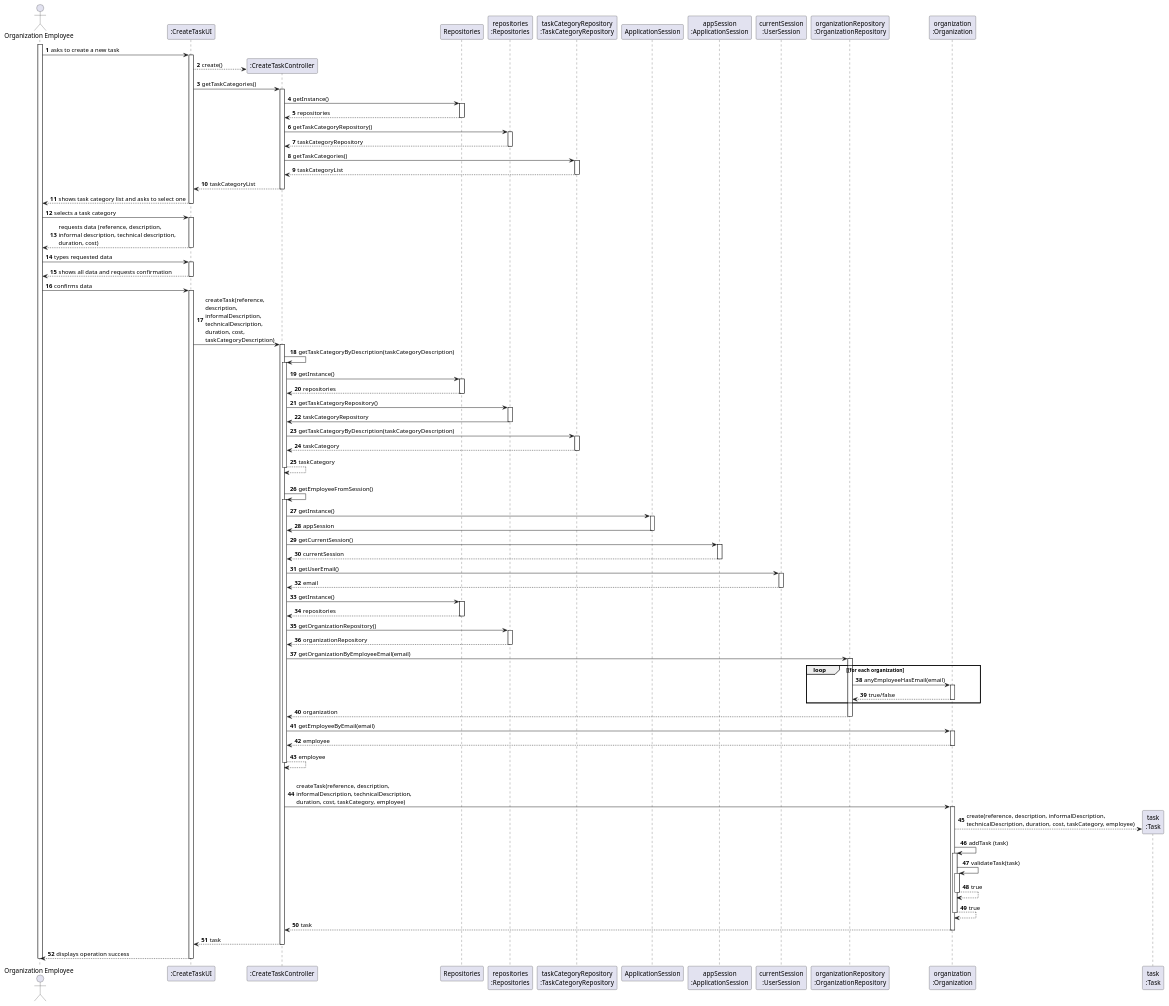
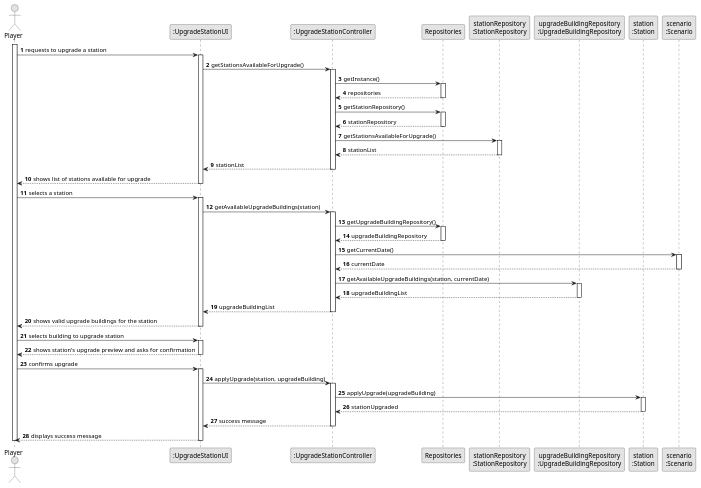
Before and after one commit to Educ00/mdisc-2425: the diagram in docs/system-documentation/sprint 1/US06/03.design/puml/US006-SD-full.puml, drawn with PlantUML. The commit also changed 16 other files, not shown here.

Commit message:
Full Design documentation process done for US06. Sequence diagram done with the corresponding rationale. Class Diagram also done. All of these documents still to be in revision, to look for further improvements.

```diff
--- a/docs/system-documentation/sprint 1/US06/03.design/puml/US006-SD-full.puml
+++ b/docs/system-documentation/sprint 1/US06/03.design/puml/US006-SD-full.puml
@@ -1,157 +1,103 @@
 @startuml
-'skinparam monochrome true
+skinparam monochrome true
 skinparam packageStyle rectangle
 skinparam shadowing false
 
 autonumber
 
-'hide footbox
-actor "Organization Employee" as ORG_EMPLOYEE
-participant ":CreateTaskUI" as UI
-participant ":CreateTaskController" as CTRL
+actor "Player" as PLAYER
+participant ":UpgradeStationUI" as UI
+participant ":UpgradeStationController" as CTRL
 participant "Repositories" as REPOS
-participant "repositories\n:Repositories" as REPOS_SINGLETON
-participant "taskCategoryRepository\n:TaskCategoryRepository" as TASK_CAT_REPO
-participant "ApplicationSession" as APP_SESSION
-participant "appSession\n:ApplicationSession" as APP_SESSION_SINGLETON
-participant "currentSession\n:UserSession" as CURRENT_SESSION
-participant "organizationRepository\n:OrganizationRepository" as ORG_REPO
-participant "organization\n:Organization" as ORG
-participant "task\n:Task" as TASK
+participant "stationRepository\n:StationRepository" as STATION_REPO
+participant "upgradeBuildingRepository\n:UpgradeBuildingRepository" as UPGRADE_BUILDING_REPO
+participant "station\n:Station" as STATION
+participant "scenario\n:Scenario" as SCENARIO
 
-activate ORG_EMPLOYEE
+                activate PLAYER
 
-        ORG_EMPLOYEE -> UI : asks to create a new task
-        activate UI
-            UI --> CTRL** : create()
+                    PLAYER -> UI : requests to upgrade a station
+                    activate UI
 
-            UI -> CTRL : getTaskCategories()
-            activate CTRL
-                CTRL -> REPOS : getInstance()
-                activate REPOS
-                    REPOS --> CTRL: repositories
-                deactivate REPOS
+                        UI -> CTRL : getStationsAvailableForUpgrade()
+                        activate CTRL
 
-                CTRL -> REPOS_SINGLETON : getTaskCategoryRepository()
-                activate REPOS_SINGLETON
-                    REPOS_SINGLETON --> CTRL: taskCategoryRepository
-                deactivate REPOS_SINGLETON
+                            CTRL -> REPOS : getInstance()
+                            activate REPOS
 
-                CTRL -> TASK_CAT_REPO : getTaskCategories()
-                activate TASK_CAT_REPO
-                    TASK_CAT_REPO --> CTRL : taskCategoryList
-                deactivate TASK_CAT_REPO
+                                REPOS --> CTRL : repositories
+                            deactivate REPOS
 
-                CTRL --> UI : taskCategoryList
-            deactivate CTRL
+                            CTRL -> REPOS : getStationRepository()
+                            activate REPOS
 
-            UI --> ORG_EMPLOYEE : shows task category list and asks to select one
-        deactivate UI
+                                REPOS --> CTRL : stationRepository
+                            deactivate REPOS
 
-    ORG_EMPLOYEE -> UI : selects a task category
-    activate UI
-        UI --> ORG_EMPLOYEE : requests data (reference, description, \ninformal description, technical description,\nduration, cost)
-    deactivate UI
+                            CTRL -> STATION_REPO : getStationsAvailableForUpgrade()
+                            activate STATION_REPO
+                                STATION_REPO --> CTRL : stationList
+                            deactivate STATION_REPO
 
-    ORG_EMPLOYEE -> UI : types requested data
-    activate UI
-        UI --> ORG_EMPLOYEE : shows all data and requests confirmation
-    deactivate UI
+                            CTRL --> UI : stationList
+                        deactivate CTRL
 
-    ORG_EMPLOYEE -> UI : confirms data
-    activate UI
-        UI -> CTRL : createTask(reference,\ndescription,\ninformalDescription,\ntechnicalDescription,\nduration, cost,\ntaskCategoryDescription)
-        activate CTRL
-            CTRL -> CTRL : getTaskCategoryByDescription(taskCategoryDescription)
-            activate CTRL
-                CTRL -> REPOS : getInstance()
-                activate REPOS
-                    REPOS --> CTRL: repositories
-                deactivate REPOS
+                        UI --> PLAYER : shows list of stations available for upgrade
+                    deactivate UI
 
-                CTRL -> REPOS_SINGLETON : getTaskCategoryRepository()
-                activate REPOS_SINGLETON
-                    REPOS_SINGLETON -> CTRL : taskCategoryRepository
-                deactivate REPOS_SINGLETON
+                    PLAYER -> UI : selects a station
+                    activate UI
 
-                CTRL -> TASK_CAT_REPO : getTaskCategoryByDescription(taskCategoryDescription)
-                activate TASK_CAT_REPO
-                    TASK_CAT_REPO --> CTRL : taskCategory
-                deactivate TASK_CAT_REPO
-                    CTRL --> CTRL : taskCategory
-            deactivate CTRL
+                        UI -> CTRL : getAvailableUpgradeBuildings(station)
+                        activate CTRL
 
-            |||
-            CTRL -> CTRL : getEmployeeFromSession()
-            activate CTRL
-                CTRL -> APP_SESSION: getInstance()
-                activate APP_SESSION
-                    APP_SESSION -> CTRL: appSession
-                deactivate APP_SESSION
+                            CTRL -> REPOS : getUpgradeBuildingRepository()
+                            activate REPOS
 
-                CTRL -> APP_SESSION_SINGLETON: getCurrentSession()
-                activate APP_SESSION_SINGLETON
-                    APP_SESSION_SINGLETON --> CTRL: currentSession
-                deactivate APP_SESSION_SINGLETON
+                                REPOS --> CTRL : upgradeBuildingRepository
+                            deactivate REPOS
 
-                CTRL -> CURRENT_SESSION: getUserEmail()
-                activate CURRENT_SESSION
-                    CURRENT_SESSION --> CTRL: email
-                deactivate CURRENT_SESSION
+                            CTRL -> SCENARIO : getCurrentDate()
+                            activate SCENARIO
 
-                CTRL -> REPOS : getInstance()
-                activate REPOS
-                    REPOS --> CTRL: repositories
-                deactivate REPOS
+                                SCENARIO --> CTRL : currentDate
+                            deactivate SCENARIO
 
-                CTRL -> REPOS_SINGLETON: getOrganizationRepository()
-                activate REPOS_SINGLETON
-                    REPOS_SINGLETON --> CTRL: organizationRepository
-                deactivate REPOS_SINGLETON
+                            CTRL -> UPGRADE_BUILDING_REPO : getAvailableUpgradeBuildings(station, currentDate)
+                            activate UPGRADE_BUILDING_REPO
+                                UPGRADE_BUILDING_REPO --> CTRL : upgradeBuildingList
+                            deactivate UPGRADE_BUILDING_REPO
 
-                CTRL -> ORG_REPO: getOrganizationByEmployeeEmail(email)
-                activate ORG_REPO
+                            CTRL --> UI : upgradeBuildingList
+                        deactivate CTRL
 
-                    loop [for each organization
-                        ORG_REPO -> ORG : anyEmployeeHasEmail(email)
-                        activate ORG
-                             ORG --> ORG_REPO : true/false
-                        deactivate ORG
-                    end
-                    ORG_REPO --> CTRL : organization
-                deactivate ORG_REPO
+                        UI --> PLAYER : shows valid upgrade buildings for the station
+                    deactivate UI
 
-                CTRL -> ORG: getEmployeeByEmail(email)
-                activate ORG
-                    ORG --> CTRL : employee
-                deactivate ORG
+                    PLAYER -> UI : selects building to upgrade station
+                    activate UI
 
-                CTRL --> CTRL : employee
-            deactivate CTRL
+                        UI --> PLAYER : shows station's upgrade preview and asks for confirmation
+                    deactivate UI
 
-            |||
-            CTRL -> ORG: createTask(reference, description,\ninformalDescription, technicalDescription,\nduration, cost, taskCategory, employee)
-            activate ORG
-                ORG --> TASK**: create(reference, description, informalDescription, \ntechnicalDescription, duration, cost, taskCategory, employee)
+                    PLAYER -> UI : confirms upgrade
+                    activate UI
 
-                ORG -> ORG: addTask (task)
-                activate ORG
-                    ORG -> ORG: validateTask(task)
-                    activate ORG
-                        ORG --> ORG : true
-                    deactivate ORG
+                        UI -> CTRL : applyUpgrade(station, upgradeBuilding)
+                        activate CTRL
 
-                    ORG --> ORG : true
-                deactivate ORG
+                            CTRL -> STATION : applyUpgrade(upgradeBuilding)
+                            activate STATION
 
-                ORG --> CTRL : task
-            deactivate ORG
+                                STATION --> CTRL : stationUpgraded
+                            deactivate STATION
 
-            CTRL --> UI: task
-            deactivate CTRL
-            UI --> ORG_EMPLOYEE: displays operation success
-    deactivate UI
+                            CTRL --> UI : success message
+                        deactivate CTRL
 
-deactivate ORG_EMPLOYEE
+                        UI --> PLAYER : displays success message
+                    deactivate UI
 
-@enduml
+                deactivate PLAYER
+
+                @enduml
```
